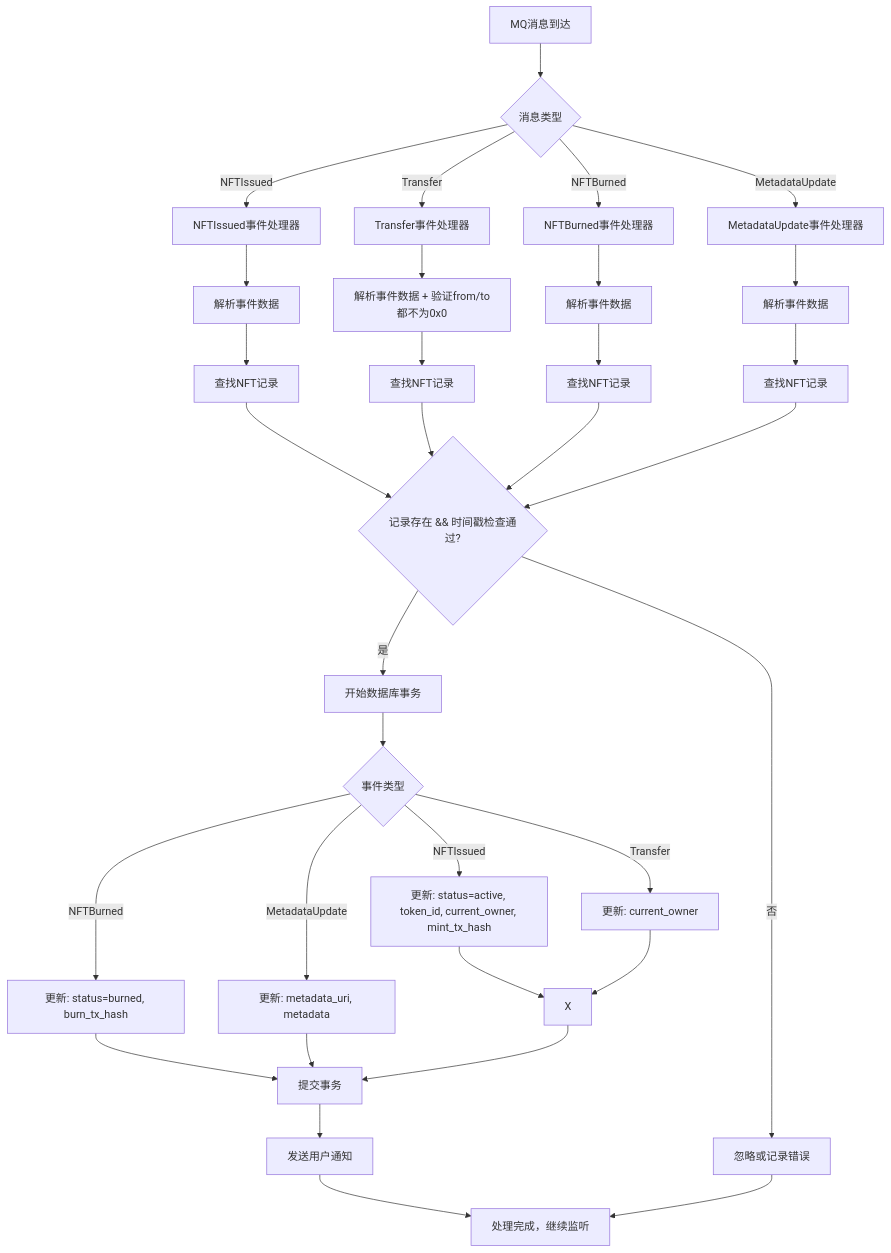
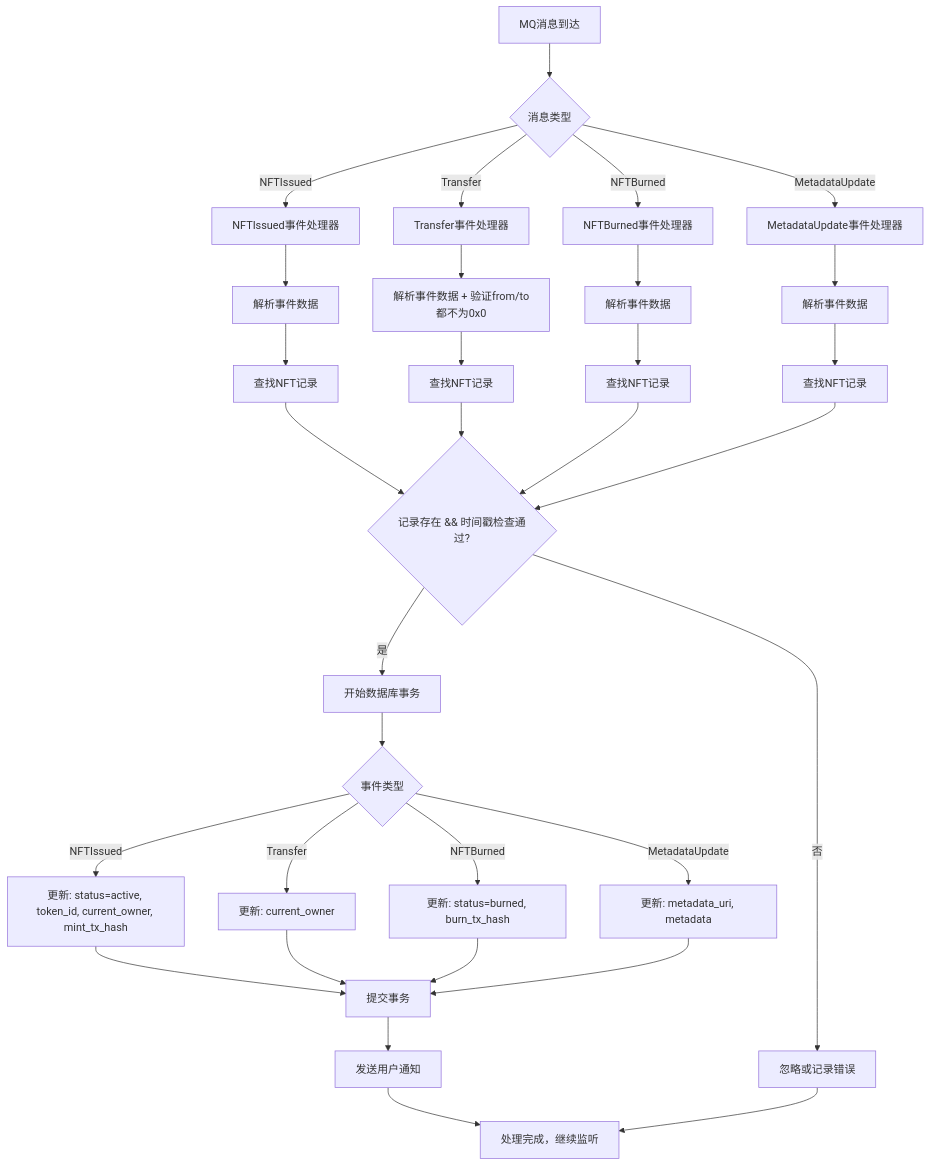
One commit to yingjianzh/iodraw-files changed the diagram in all/未命名-71.md. Above: the diagram before and after it, drawn with Mermaid.

Commit message:
2025-07-03 17:41:14 update

````diff
--- a/all/未命名-71.md
+++ b/all/未命名-71.md
@@ -1,46 +1,45 @@
 ```mermaid
 flowchart TD
     A[MQ消息到达] --> B{消息类型}
     
     %% 四种事件类型
     B -->|NFTIssued| C[NFTIssued事件处理器]
     B -->|Transfer| D[Transfer事件处理器]
     B -->|NFTBurned| E[NFTBurned事件处理器]
     B -->|MetadataUpdate| F[MetadataUpdate事件处理器]
     
     %% 通用处理流程
     C --> G[解析事件数据]
     D --> H[解析事件数据 + 验证from/to都不为0x0]
     E --> I[解析事件数据]
     F --> J[解析事件数据]
     
     G --> K[查找NFT记录]
     H --> L[查找NFT记录]
     I --> M[查找NFT记录]
     J --> N[查找NFT记录]
     
     K --> O{记录存在 && 时间戳检查通过?}
     L --> O
     M --> O
     N --> O
     
     O -->|否| P[忽略或记录错误]
     O -->|是| Q[开始数据库事务]
     
     Q --> R{事件类型}
     R -->|NFTIssued| S[更新: status=active, token_id, current_owner, mint_tx_hash]
     R -->|Transfer| T[更新: current_owner]
     R -->|NFTBurned| U[更新: status=burned, burn_tx_hash]
     R -->|MetadataUpdate| V[更新: metadata_uri, metadata]
     
-    S --> X
-    T --> X
+    S --> Y[提交事务]
+    T --> Y
     U --> Y
-    V --> Y[记录事件日志]
+    V --> Y
     
-    X --> Y[提交事务]
     Y --> Z[发送用户通知]
     Z --> AA[处理完成，继续监听]
     
     P --> AA
 ```
````
